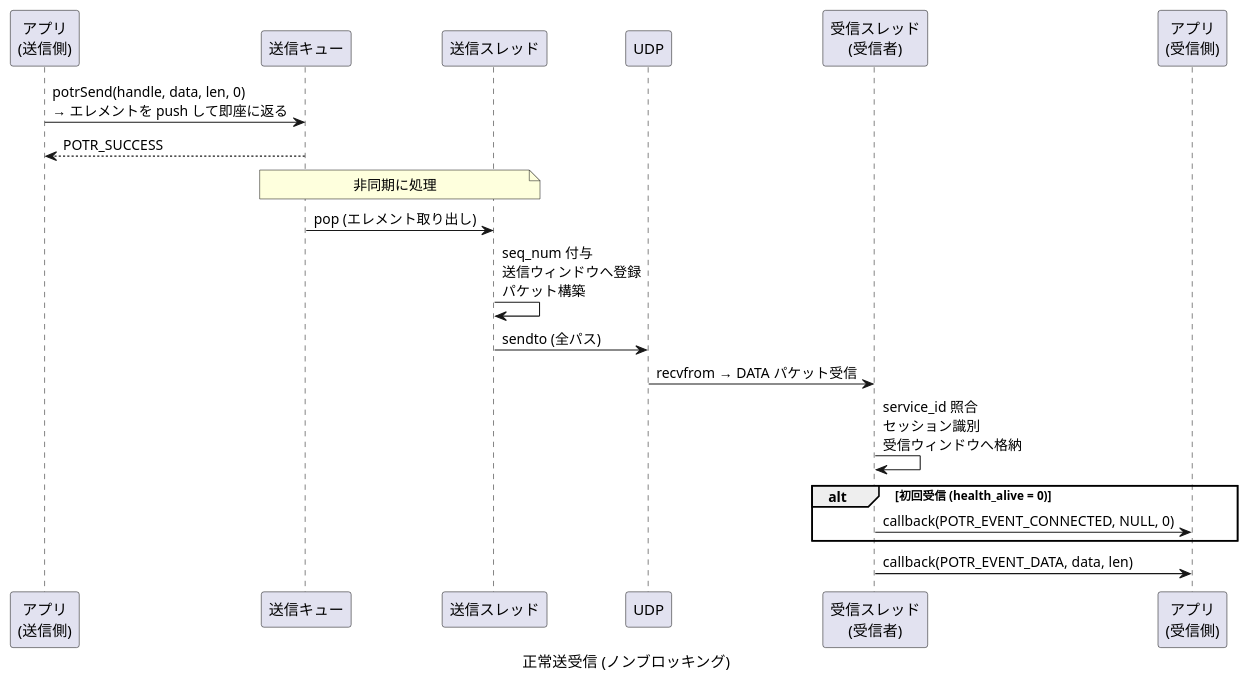
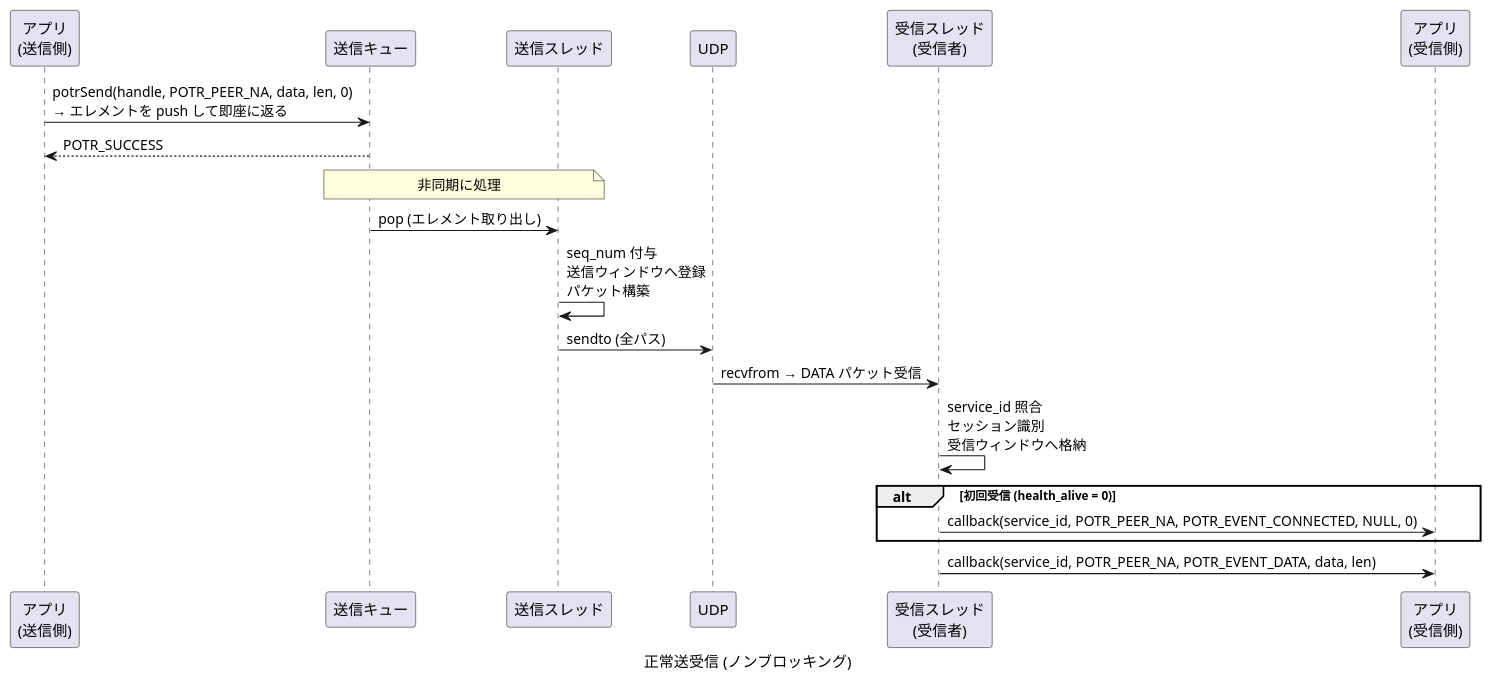
Before and after one commit to Hondarer/c-modernization-kit: the third of 20 diagrams in prod/porter/docs/sequence.md, drawn with PlantUML. The commit also changed other lines of this file and 13 other files, not shown here.

````diff
--- a/prod/porter/docs/sequence.md
+++ b/prod/porter/docs/sequence.md
@@ -81,31 +81,31 @@
 ```plantuml
 @startuml 正常送受信 (ノンブロッキング)
 caption 正常送受信 (ノンブロッキング)
 
 participant "アプリ\n(送信側)" as SAPP
 participant "送信キュー" as Q
 participant "送信スレッド" as ST
 participant "UDP" as UDP
 participant "受信スレッド\n(受信者)" as RRT
 participant "アプリ\n(受信側)" as RAPP
 
-SAPP -> Q: potrSend(handle, data, len, 0)\n→ エレメントを push して即座に返る
+SAPP -> Q: potrSend(handle, POTR_PEER_NA, data, len, 0)\n→ エレメントを push して即座に返る
 SAPP <-- Q: POTR_SUCCESS
 
 note over Q, ST: 非同期に処理
 
 Q -> ST: pop (エレメント取り出し)
 ST -> ST: seq_num 付与\n送信ウィンドウへ登録\nパケット構築
 ST -> UDP: sendto (全パス)
 
 UDP -> RRT: recvfrom → DATA パケット受信
 RRT -> RRT: service_id 照合\nセッション識別\n受信ウィンドウへ格納
 
 alt 初回受信 (health_alive = 0)
-  RRT -> RAPP: callback(POTR_EVENT_CONNECTED, NULL, 0)
+  RRT -> RAPP: callback(service_id, POTR_PEER_NA, POTR_EVENT_CONNECTED, NULL, 0)
 end
 
-RRT -> RAPP: callback(POTR_EVENT_DATA, data, len)
+RRT -> RAPP: callback(service_id, POTR_PEER_NA, POTR_EVENT_DATA, data, len)
 
 @enduml
 ```
````
